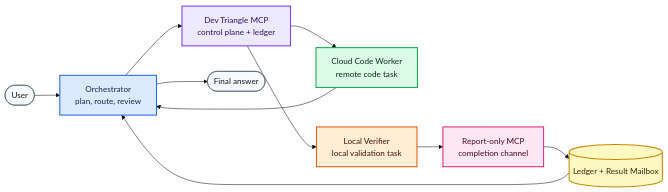
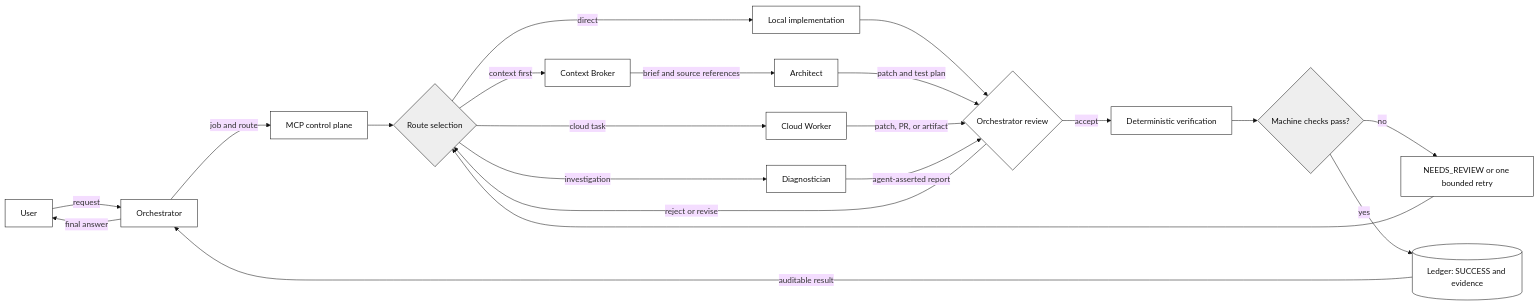
One commit to SpadesZ/dev-triangle-mcp changed the first of 3 diagrams in docs/ARCHITECTURE.md. Above: the diagram before and after it, drawn with Mermaid (base theme). The commit also changed other lines of this file and 11 other files, not shown here.

````diff
--- a/docs/ARCHITECTURE.md
+++ b/docs/ARCHITECTURE.md
@@ -18,22 +29,31 @@
 ```mermaid
 flowchart LR
-  U(["User"]):::human --> O["Orchestrator<br/>plan, route, review"]:::orchestrator
-  O --> M["Dev Triangle MCP<br/>control plane + ledger"]:::mcp
+  U["User"] -->|request| O["Orchestrator"]
+  O -->|job and route| M["MCP control plane"]
+  M --> R{"Route selection"}
+  R -->|direct| L["Local implementation"]
+  R -->|context first| B["Context Broker"]
+  B -->|brief and source references| A["Architect"]
+  R -->|cloud task| W["Cloud Worker"]
+  R -->|investigation| D["Diagnostician"]
+  L --> G{"Orchestrator review"}
+  A -->|patch and test plan| G
+  W -->|patch, PR, or artifact| G
+  D -->|agent-asserted report| G
+  G -->|reject or revise| R
+  G -->|accept| V["Deterministic verification"]
+  V --> Q{"Machine checks pass?"}
+  Q -->|no| N["NEEDS_REVIEW or one bounded retry"]
+  N --> R
+  Q -->|yes| S[("Ledger: SUCCESS and evidence")]
+  S -->|auditable result| O
+  O -->|final answer| U
 
-  M --> W["Cloud Code Worker<br/>remote code task"]:::worker
-  M --> V["Local Verifier<br/>local validation task"]:::verifier
-
-  W --> O
-  V --> R["Report-only MCP<br/>completion channel"]:::report
-  R --> S[("Ledger + Result Mailbox")]:::state
-  S --> O
-  O --> F(["Final answer"]):::human
-
-  classDef human fill:#f8fafc,stroke:#475569,color:#0f172a,stroke-width:1px;
-  classDef orchestrator fill:#dbeafe,stroke:#2563eb,color:#172554,stroke-width:2px;
-  classDef mcp fill:#ede9fe,stroke:#7c3aed,color:#2e1065,stroke-width:2px;
-  classDef worker fill:#dcfce7,stroke:#16a34a,color:#052e16,stroke-width:2px;
-  classDef verifier fill:#ffedd5,stroke:#ea580c,color:#431407,stroke-width:2px;
-  classDef report fill:#fce7f3,stroke:#db2777,color:#500724,stroke-width:2px;
-  classDef state fill:#fef9c3,stroke:#ca8a04,color:#422006,stroke-width:2px;
+  classDef process fill:#ffffff,stroke:#111111,color:#111111,stroke-width:1px;
+  classDef decision fill:#eeeeee,stroke:#111111,color:#111111,stroke-width:1px;
+  classDef store fill:#ffffff,stroke:#111111,color:#111111,stroke-width:1px;
+  class U,O,M,L,B,A,W,D,G,V,N process;
+  class R,Q decision;
+  class S store;
+  linkStyle default stroke:#111111,stroke-width:1px;
 ```
````
